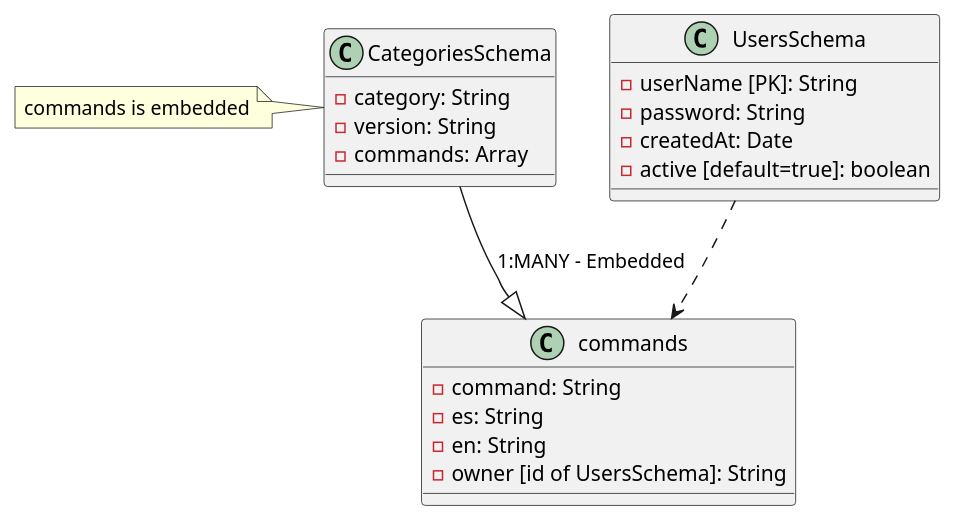
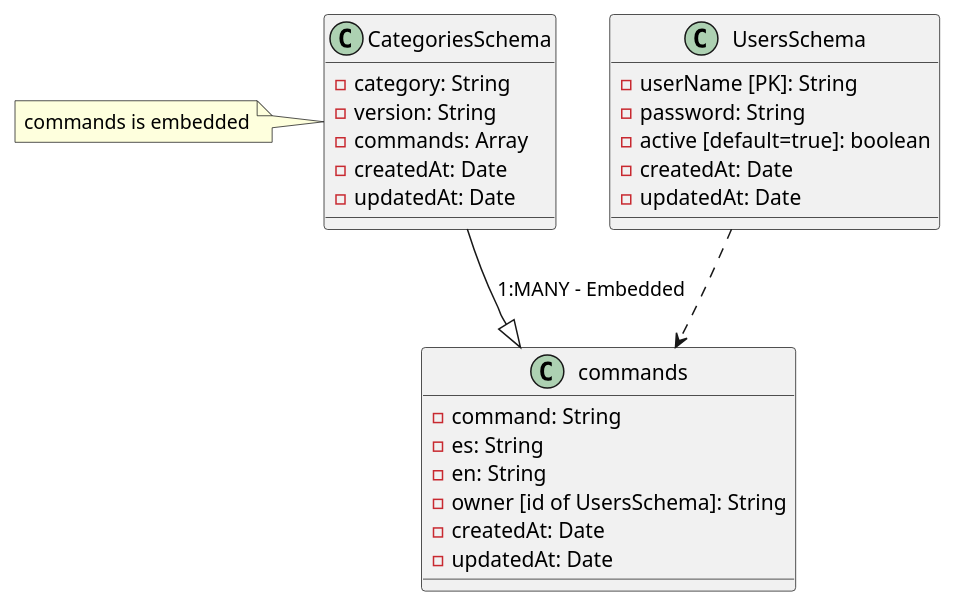
One commit to bryantamayo1/mycommands-webapp-backend changed the diagram in model-bbdd.puml. Above: the diagram before and after it, drawn with PlantUML. The commit also changed 2 other files, not shown here.

```diff
--- a/model-bbdd.puml
+++ b/model-bbdd.puml
@@ -1,29 +1,34 @@
 @startuml
 
 class UsersSchema{
     -userName [PK]: String
     -password: String
+    -active [default=true]: boolean
     -createdAt: Date
-    -active [default=true]: boolean
+    -updatedAt: Date
 }
 
 class CategoriesSchema{
     -category: String
     -version: String
     -commands: Array
+    -createdAt: Date
+    -updatedAt: Date
 }
 
 class CategoriesSchema
     note left: commands is embedded
 
 class commands{
     -command: String
     -es: String
     -en: String
     -owner [id of UsersSchema]: String
+        -createdAt: Date
+    -updatedAt: Date
 }
 
 CategoriesSchema --|> commands: 1:MANY - Embedded
 UsersSchema -[dashed]-> commands
 
 @enduml
```
